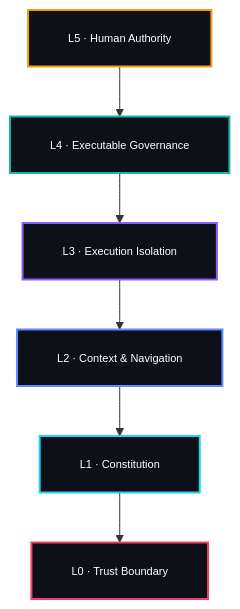
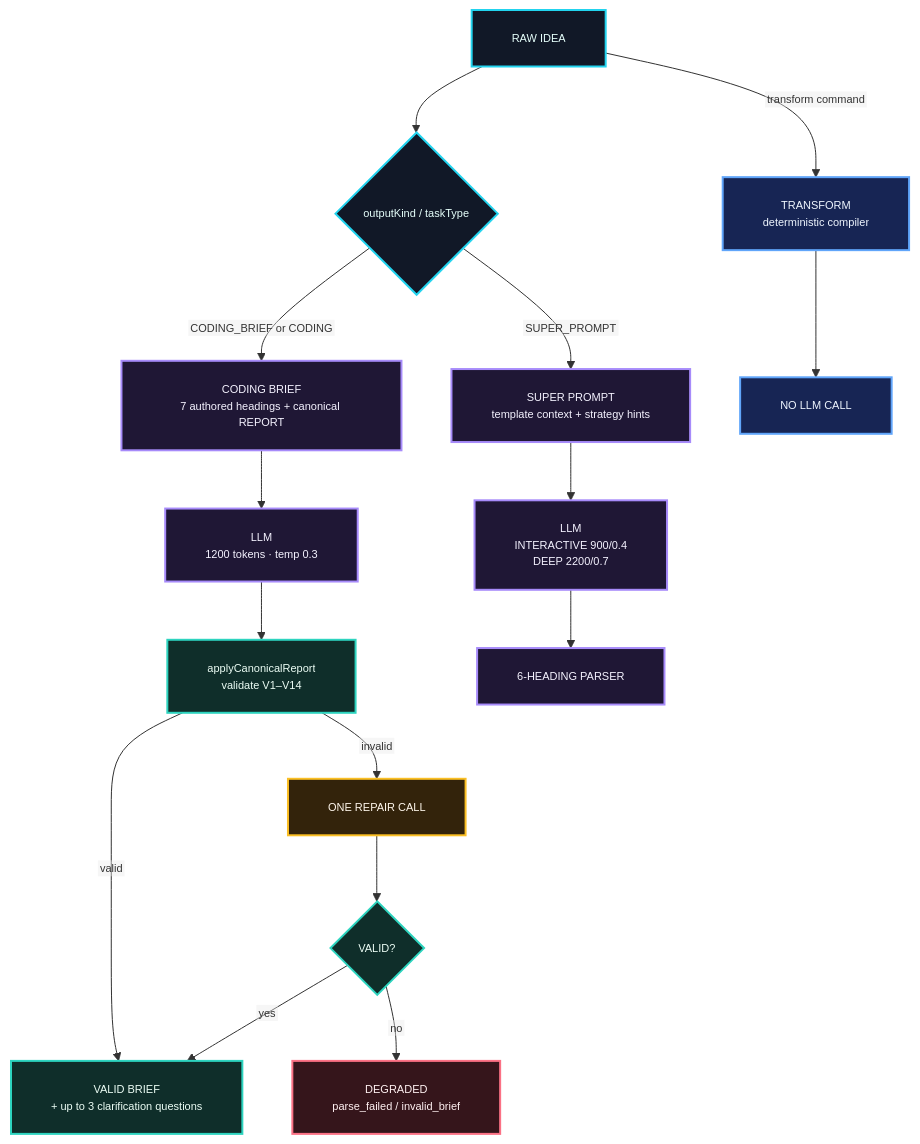
Before and after one commit to drferdi/Monorepo-safrs: the first of 2 diagrams in README.md, drawn with Mermaid. The commit also changed other lines of this file, not shown here.

````diff
--- a/README.md
+++ b/README.md
@@ -260,26 +251,41 @@
 ```mermaid
 %%{init: {"flowchart": {"htmlLabels": false, "padding": 20}, "themeVariables": {"fontFamily": "monospace", "fontSize": "11px"}}}%%
-flowchart TB
-    L5["L5 · Human Authority"]
-    L4["L4 · Executable Governance"]
-    L3["L3 · Execution Isolation"]
-    L2["L2 · Context & Navigation"]
-    L1["L1 · Constitution"]
-    L0["L0 · Trust Boundary"]
+flowchart TD
+    A["RAW IDEA"]
+    B{"outputKind / taskType"}
+    C["CODING BRIEF<br/>7 authored headings + canonical REPORT"]
+    D["LLM<br/>1200 tokens · temp 0.3"]
+    E["applyCanonicalReport<br/>validate V1–V14"]
+    F["VALID BRIEF<br/>+ up to 3 clarification questions"]
+    G["ONE REPAIR CALL"]
+    H{"VALID?"}
+    I["DEGRADED<br/>parse_failed / invalid_brief"]
+    J["SUPER PROMPT<br/>template context + strategy hints"]
+    K["LLM<br/>INTERACTIVE 900/0.4<br/>DEEP 2200/0.7"]
+    L["6-HEADING PARSER"]
+    M["TRANSFORM<br/>deterministic compiler"]
+    N["NO LLM CALL"]
 
-    L5 --> L4 --> L3 --> L2 --> L1 --> L0
+    A --> B
+    B -->|CODING_BRIEF or CODING| C --> D --> E
+    E -->|valid| F
+    E -->|invalid| G --> H
+    H -->|yes| F
+    H -->|no| I
+    B -->|SUPER_PROMPT| J --> K --> L
+    A -->|transform command| M --> N
 
-    classDef authority fill:#0D1117,stroke:#F59E0B,color:#ffffff,stroke-width:2px;
-    classDef governance fill:#0D1117,stroke:#14B8A6,color:#ffffff,stroke-width:2px;
-    classDef execution fill:#0D1117,stroke:#8B5CF6,color:#ffffff,stroke-width:2px;
-    classDef context fill:#0D1117,stroke:#5B8CFF,color:#ffffff,stroke-width:2px;
-    classDef constitution fill:#0D1117,stroke:#22D3EE,color:#ffffff,stroke-width:2px;
-    classDef boundary fill:#0D1117,stroke:#F43F5E,color:#ffffff,stroke-width:2px;
+    classDef input fill:#111827,stroke:#22D3EE,color:#E6FFFB,stroke-width:2px;
+    classDef brief fill:#1F1735,stroke:#A78BFA,color:#F5F3FF,stroke-width:2px;
+    classDef verify fill:#0F2E2A,stroke:#2DD4BF,color:#ECFDF5,stroke-width:2px;
+    classDef warn fill:#33230B,stroke:#FBBF24,color:#FFF7ED,stroke-width:2px;
+    classDef fail fill:#35151B,stroke:#FB7185,color:#FFF1F2,stroke-width:2px;
+    classDef transform fill:#172554,stroke:#60A5FA,color:#EFF6FF,stroke-width:2px;
 
-    class L5 authority;
-    class L4 governance;
-    class L3 execution;
-    class L2 context;
-    class L1 constitution;
-    class L0 boundary;
+    class A,B input;
+    class C,D,J,K,L brief;
+    class E,F,H verify;
+    class G warn;
+    class I fail;
+    class M,N transform;
 ```
````
